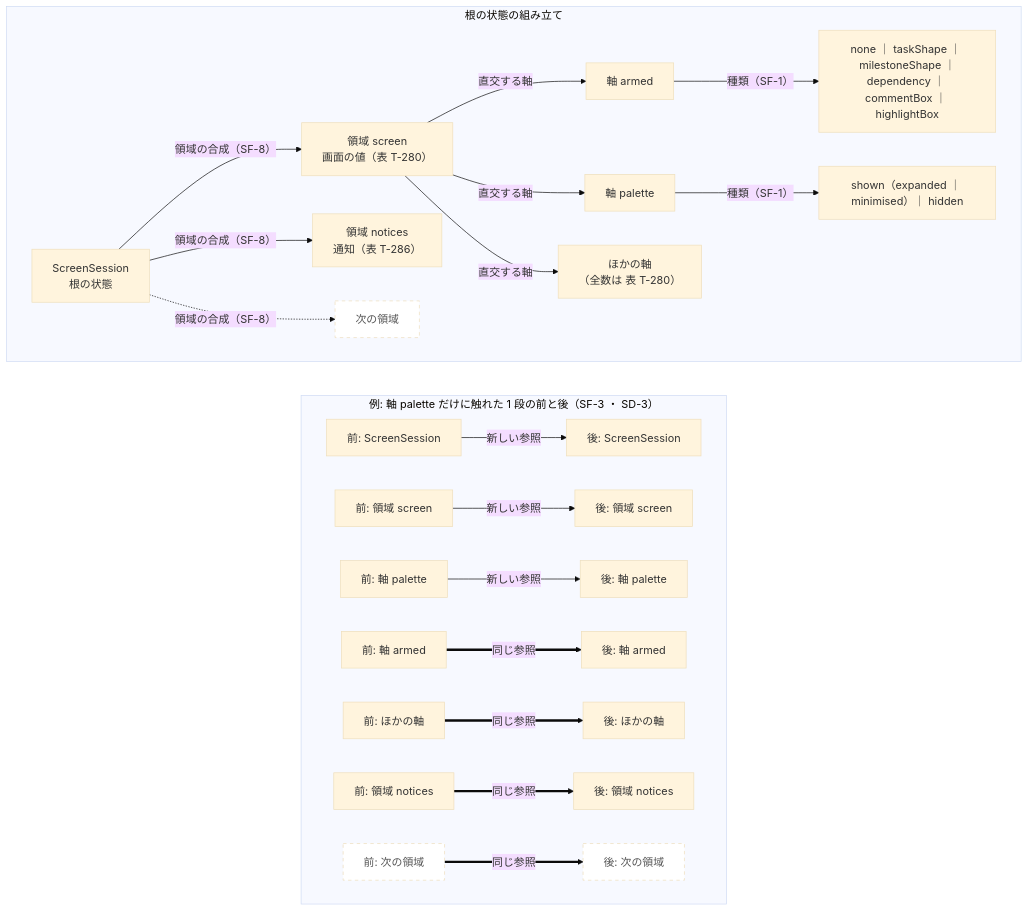
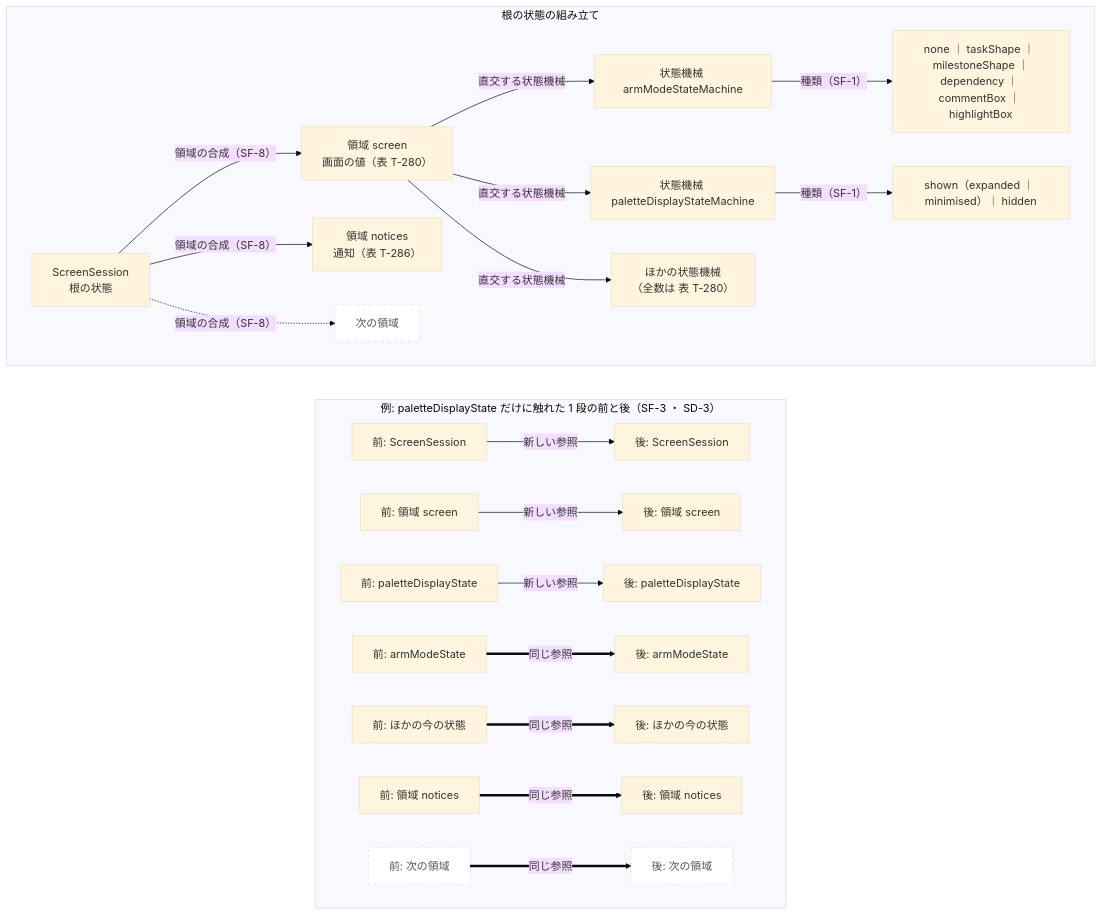
One commit to GoodRelax/gr-scheduler changed the fourth of 4 diagrams in docs/spec/05-07-design.md. Above: the diagram before and after it, drawn with Mermaid (base theme). The commit also changed other lines of this file and 22 other files, not shown here.

````diff
--- a/docs/spec/05-07-design.md
+++ b/docs/spec/05-07-design.md
@@ -1045,36 +1050,36 @@
 ```mermaid
 flowchart TB
     subgraph Shape["根の状態の組み立て"]
         direction LR
         Root["ScreenSession<br>根の状態"]
         Screen["領域 screen<br>画面の値（表 T-280）"]
         Notices["領域 notices<br>通知（表 T-286）"]
         Next["次の領域"]:::future
-        Armed["軸 armed"]
-        Palette["軸 palette"]
-        Others["ほかの軸<br>（全数は 表 T-280）"]
+        Armed["状態機械 armModeStateMachine"]
+        Palette["状態機械 paletteDisplayStateMachine"]
+        Others["ほかの状態機械<br>（全数は 表 T-280）"]
         ArmedK["none ｜ taskShape ｜ milestoneShape ｜<br>dependency ｜ commentBox ｜ highlightBox"]
         PaletteK["shown（expanded ｜ minimised）｜ hidden"]
         Root -->|"領域の合成（SF-8）"| Screen
         Root -->|"領域の合成（SF-8）"| Notices
         Root -.->|"領域の合成（SF-8）"| Next
-        Screen -->|"直交する軸"| Armed
-        Screen -->|"直交する軸"| Palette
-        Screen -->|"直交する軸"| Others
+        Screen -->|"直交する状態機械"| Armed
+        Screen -->|"直交する状態機械"| Palette
+        Screen -->|"直交する状態機械"| Others
         Armed -->|"種類（SF-1）"| ArmedK
         Palette -->|"種類（SF-1）"| PaletteK
     end
-    subgraph Step["例: 軸 palette だけに触れた 1 段の前と後（SF-3 ・ SD-3）"]
+    subgraph Step["例: paletteDisplayState だけに触れた 1 段の前と後（SF-3 ・ SD-3）"]
         direction LR
         R0["前: ScreenSession"] -->|"新しい参照"| R1["後: ScreenSession"]
         S0["前: 領域 screen"] -->|"新しい参照"| S1["後: 領域 screen"]
-        P0["前: 軸 palette"] -->|"新しい参照"| P1["後: 軸 palette"]
-        A0["前: 軸 armed"] ==>|"同じ参照"| A1["後: 軸 armed"]
-        O0["前: ほかの軸"] ==>|"同じ参照"| O1["後: ほかの軸"]
+        P0["前: paletteDisplayState"] -->|"新しい参照"| P1["後: paletteDisplayState"]
+        A0["前: armModeState"] ==>|"同じ参照"| A1["後: armModeState"]
+        O0["前: ほかの今の状態"] ==>|"同じ参照"| O1["後: ほかの今の状態"]
         M0["前: 領域 notices"] ==>|"同じ参照"| M1["後: 領域 notices"]
         N0["前: 次の領域"]:::future ==>|"同じ参照"| N1["後: 次の領域"]:::future
     end
     Shape ~~~ Step
 
     classDef future stroke-dasharray: 5 5,fill:#fff,color:#555
 ```
````
